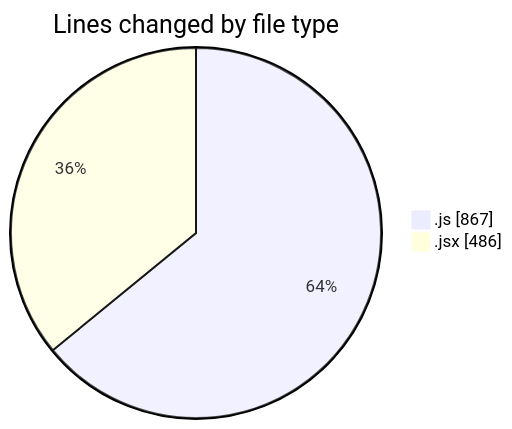
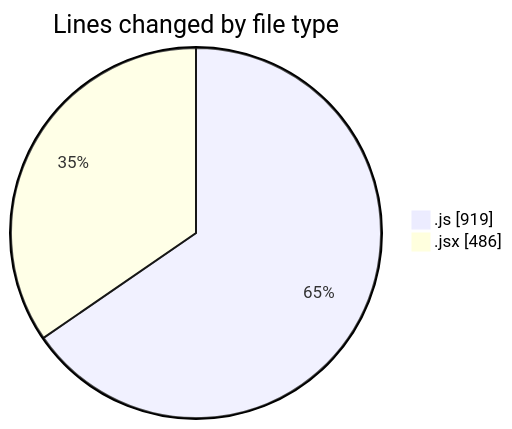
The first of 2 diagrams in 2025-07-27/nxtqube_webapp/README.md (nxtqubesakshisongat/code-tracking), drawn with Mermaid before and after one commit. The commit also changed other lines of this file and 1 other file, not shown here.

````diff
--- a/2025-07-27/nxtqube_webapp/README.md
+++ b/2025-07-27/nxtqube_webapp/README.md
@@ -23,6 +23,6 @@
 ```mermaid
 pie showData
 title Lines changed by file type
-".js" : 867
+".js" : 919
 ".jsx" : 486
 ```
````
